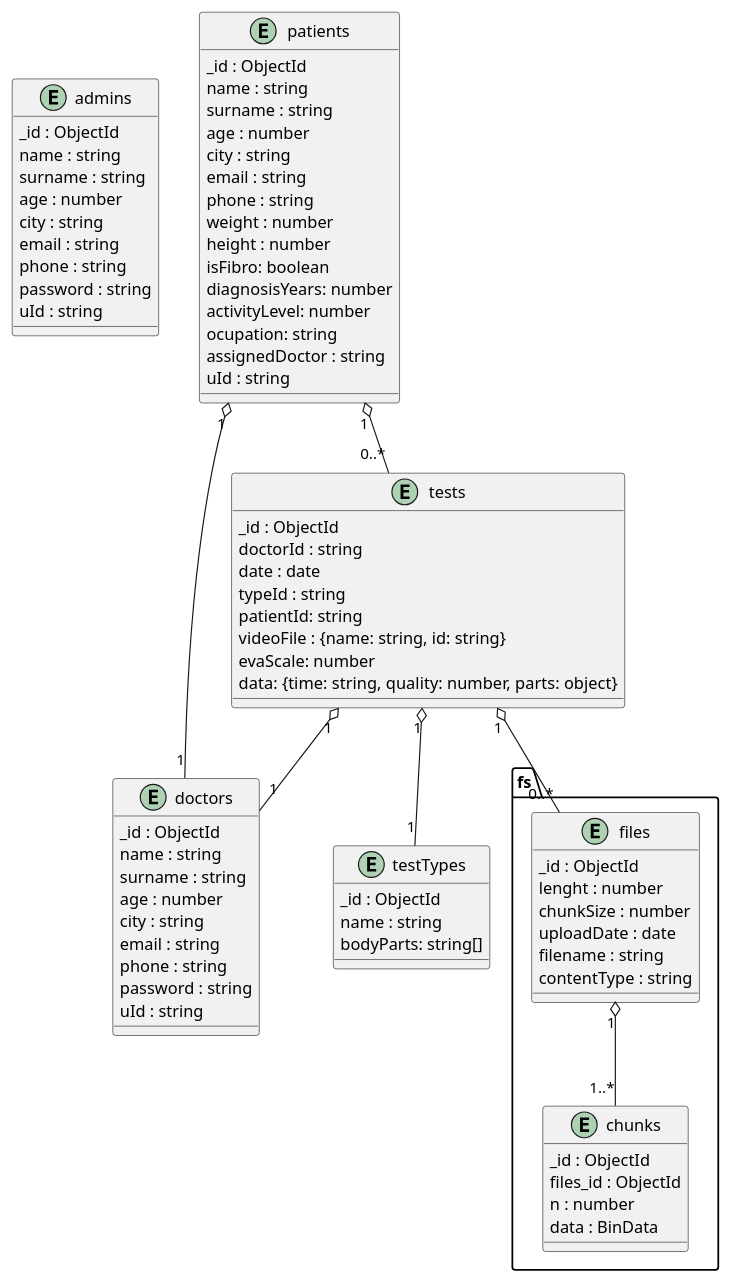
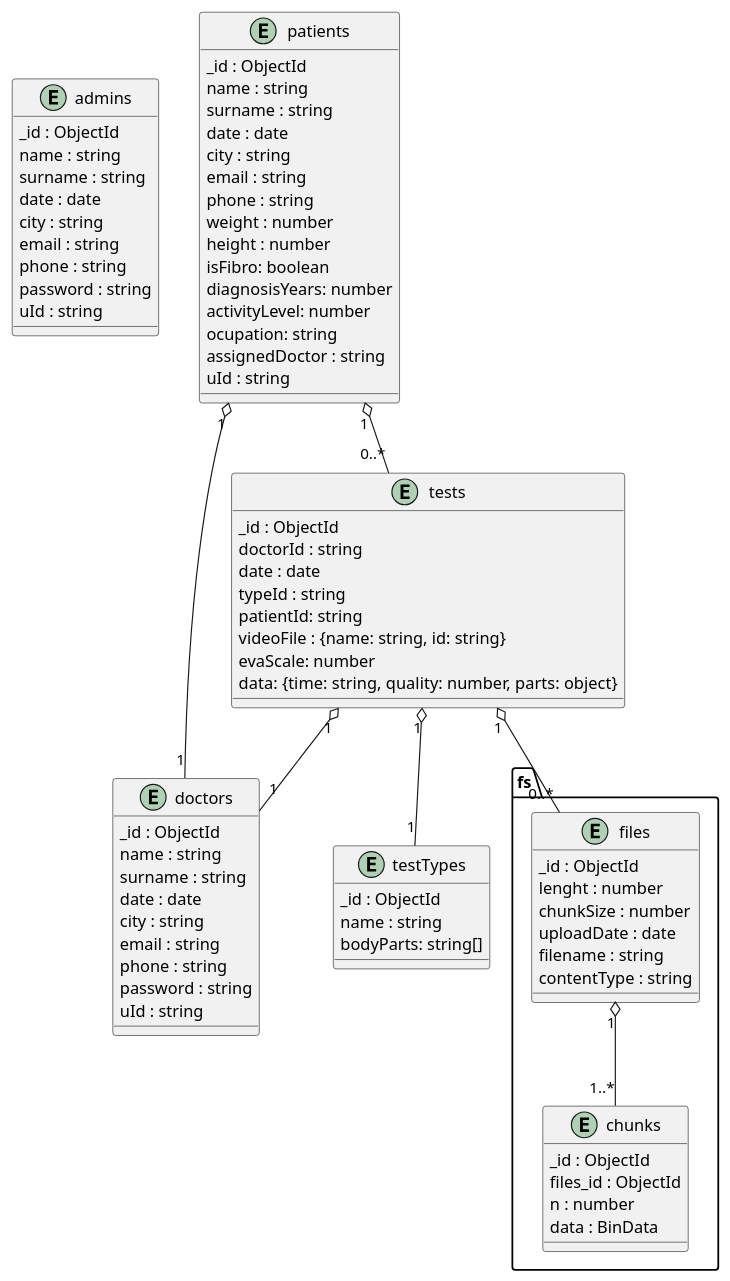
The second of 5 diagrams in templateAPP/input/appendices/03_diagramas.md (TFG-SGM/memoria), drawn with PlantUML before and after one commit. The commit also changed 13 other files, not shown here.

```diff
--- a/templateAPP/input/appendices/03_diagramas.md
+++ b/templateAPP/input/appendices/03_diagramas.md
@@ -66,7 +66,7 @@
 _id : ObjectId
 name : string
 surname : string
-age : number
+date : date
 city : string 
 email : string
 phone : string
@@ -78,7 +78,7 @@
 _id : ObjectId
 name : string
 surname : string
-age : number
+date : date
 city : string 
 email : string
 phone : string
@@ -90,7 +90,7 @@
 _id : ObjectId
 name : string
 surname : string
-age : number
+date : date
 city : string 
 email : string
 phone : string
```
